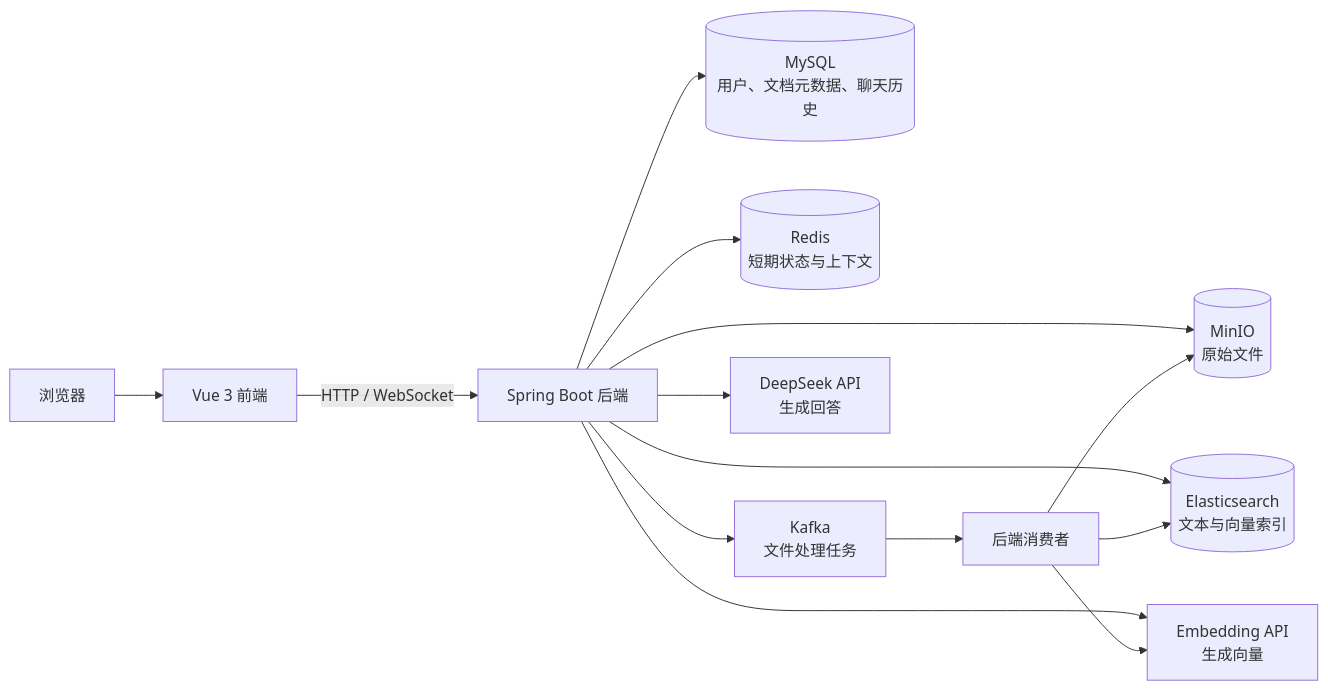
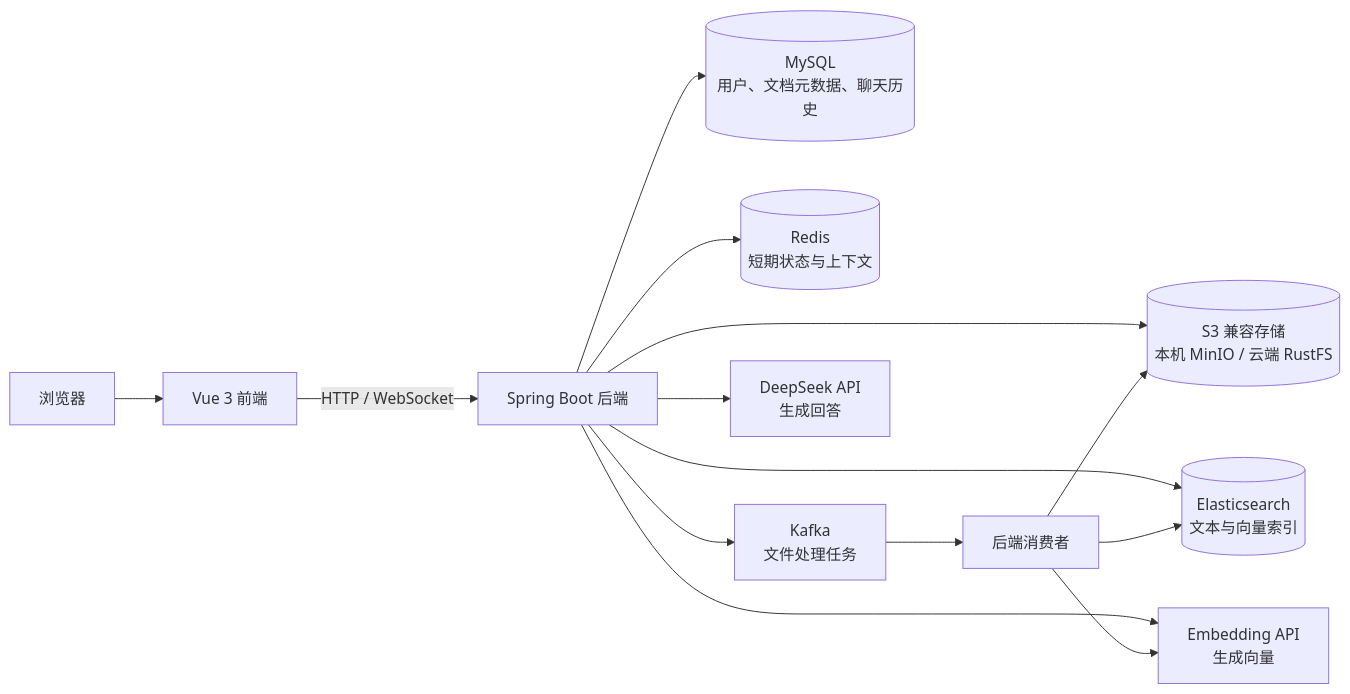
One commit to jym001-bit/KnowGround changed the first of 2 diagrams in README.md. Above: the diagram before and after it, drawn with Mermaid. The commit also changed other lines of this file and 17 other files, not shown here.

````diff
--- a/README.md
+++ b/README.md
@@ -38,16 +38,16 @@
 ```mermaid
 flowchart LR
     U[浏览器] --> F[Vue 3 前端]
     F -->|HTTP / WebSocket| B[Spring Boot 后端]
     B --> M[(MySQL<br/>用户、文档元数据、聊天历史)]
     B --> R[(Redis<br/>短期状态与上下文)]
     B --> K[Kafka<br/>文件处理任务]
-    B --> O[(MinIO<br/>原始文件)]
+    B --> O[(S3 兼容存储<br/>本机 MinIO / 云端 RustFS)]
     B --> E[(Elasticsearch<br/>文本与向量索引)]
     B --> D[DeepSeek API<br/>生成回答]
     B --> A[Embedding API<br/>生成向量]
     K --> W[后端消费者]
     W --> O
     W --> E
     W --> A
 ```
````
